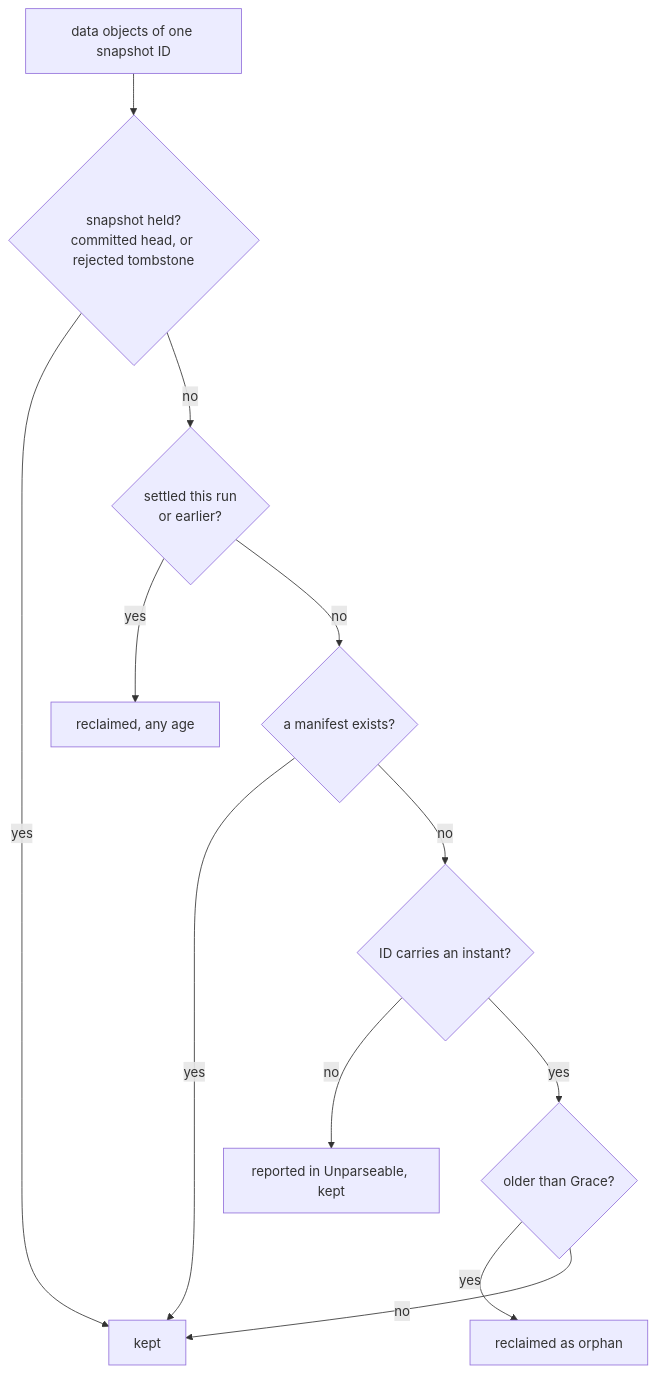
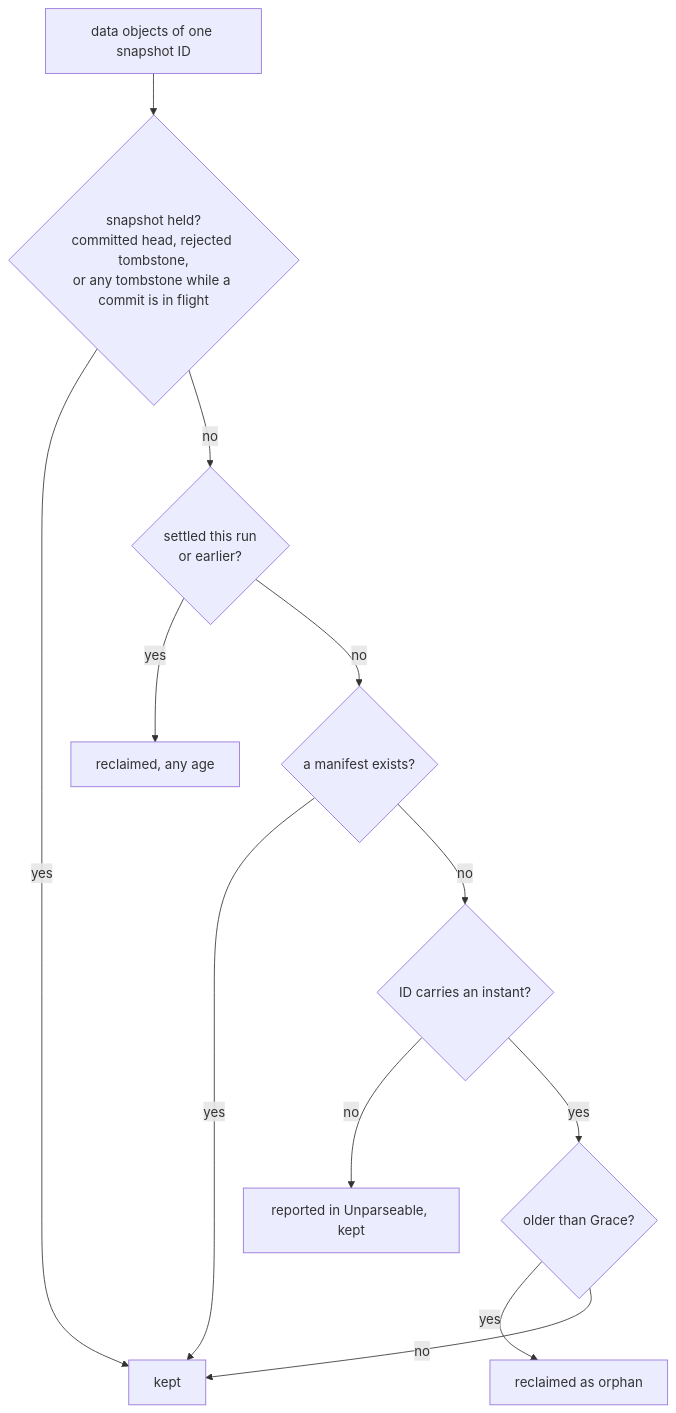
One commit to pithecene/lode changed the third of 3 diagrams in docs/guides/retention.md. Above: the diagram before and after it, drawn with Mermaid. The commit also changed 2 other files, not shown here.

Commit message:
docs(guides): 📝 qualify retries, the in-flight hold and reused-ID outcomes
No-Issue: refs #174

````diff
--- a/docs/guides/retention.md
+++ b/docs/guides/retention.md
@@ -163,14 +163,14 @@
 ```mermaid
 flowchart TD
-    G[data objects of one snapshot ID] --> H{snapshot held?<br/>committed head, or rejected tombstone}
+    G[data objects of one snapshot ID] --> H{snapshot held?<br/>committed head, rejected tombstone,<br/>or any tombstone while a commit is in flight}
     H -- yes --> K[kept]
     H -- no --> S{settled this run<br/>or earlier?}
     S -- yes --> R[reclaimed, any age]
     S -- no --> L{a manifest exists?}
     L -- yes --> K
     L -- no --> A{ID carries an instant?}
     A -- no --> U[reported in Unparseable, kept]
     A -- yes --> O{older than Grace?}
     O -- yes --> R2[reclaimed as orphan]
     O -- no --> K
 ```
````
